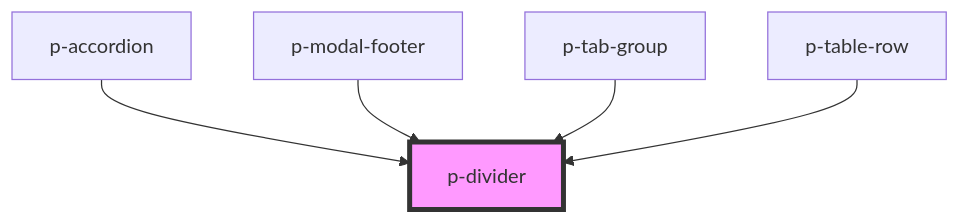
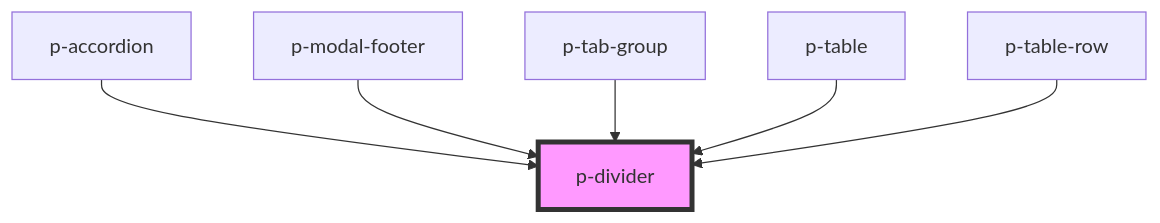
One commit to Employes/paperless changed the diagram in packages/core/src/components/atoms/divider/readme.md. Above: the diagram before and after it, drawn with Mermaid. The commit also changed other lines of this file and 25 other files, not shown here.

````diff
--- a/packages/core/src/components/atoms/divider/readme.md
+++ b/packages/core/src/components/atoms/divider/readme.md
@@ -33,8 +34,9 @@
 ```mermaid
 graph TD;
   p-accordion --> p-divider
   p-modal-footer --> p-divider
   p-tab-group --> p-divider
+  p-table --> p-divider
   p-table-row --> p-divider
   style p-divider fill:#f9f,stroke:#333,stroke-width:4px
 ```
````
